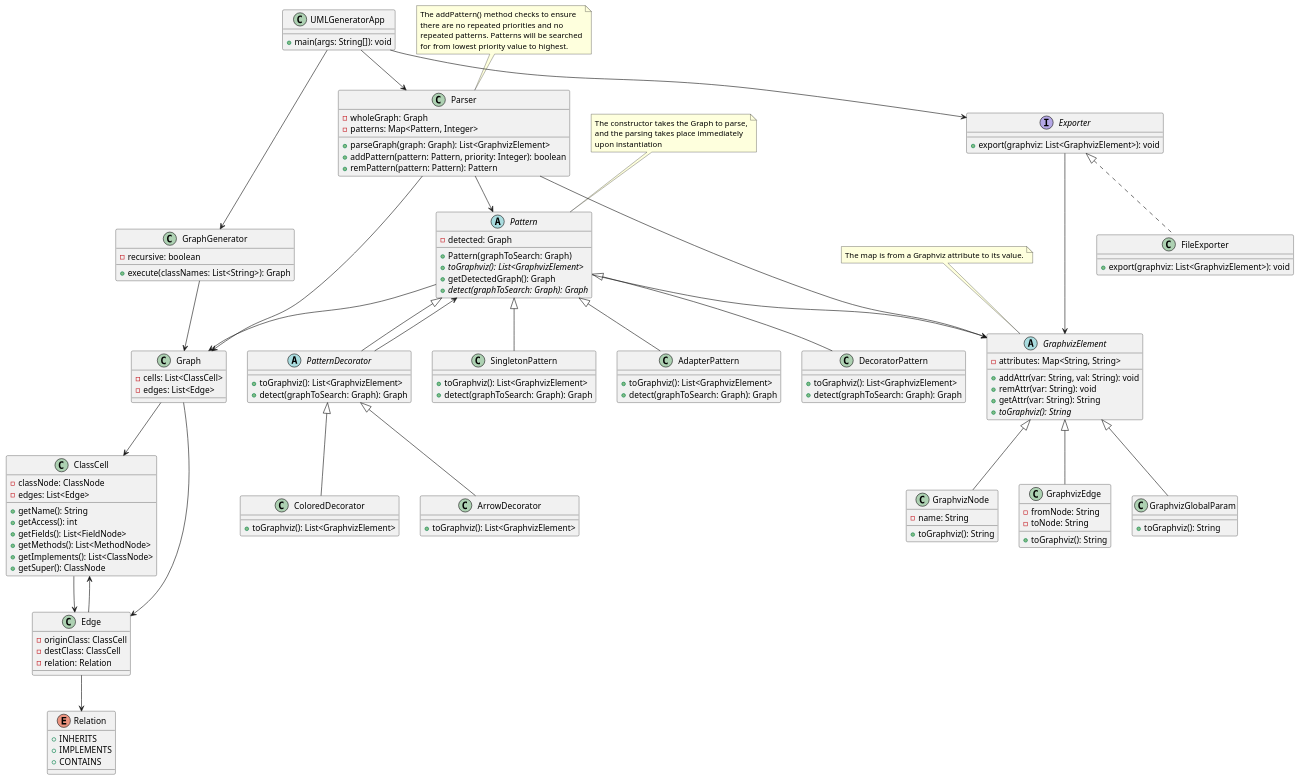
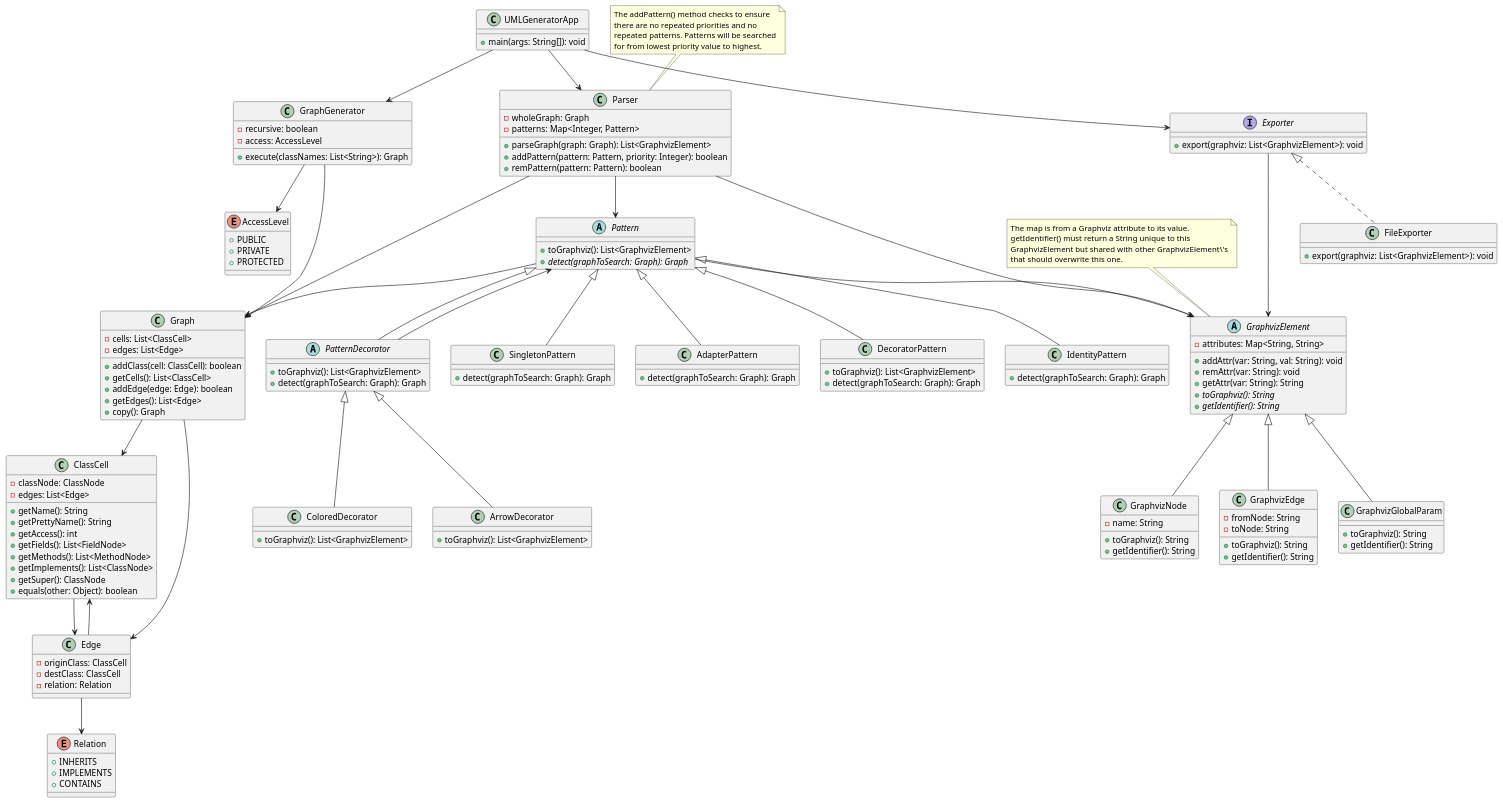
Before and after one commit to kgroble/uml-generator: the diagram in docs/uml.puml, drawn with PlantUML. The commit also changed 1 other file, not shown here.

Commit message:
Updates to UML diagram.

```diff
--- a/docs/uml.puml
+++ b/docs/uml.puml
@@ -1,145 +1,161 @@
 @startuml
 class UMLGeneratorApp {
 + main(args: String[]): void
 }
 
 class GraphGenerator {
 - recursive: boolean
+- access: AccessLevel
 + execute(classNames: List<String>): Graph
+}
+
+enum AccessLevel {
++ PUBLIC
++ PRIVATE
++ PROTECTED
 }
 
 class ClassCell {
 - classNode: ClassNode
 - edges: List<Edge>
 
 + getName(): String
++ getPrettyName(): String
 + getAccess(): int
 + getFields(): List<FieldNode>
 + getMethods(): List<MethodNode>
 + getImplements(): List<ClassNode>
 + getSuper(): ClassNode
++ equals(other: Object): boolean
 }
 
 class Edge {
 - originClass: ClassCell
 - destClass: ClassCell
 - relation: Relation
 }
 
 class Parser {
 - wholeGraph: Graph
-- patterns: Map<Pattern, Integer>
+- patterns: Map<Integer, Pattern>
 + parseGraph(graph: Graph): List<GraphvizElement>
 + addPattern(pattern: Pattern, priority: Integer): boolean
-+ remPattern(pattern: Pattern): Pattern
++ remPattern(pattern: Pattern): boolean
 }
 note top of Parser
   The addPattern() method checks to ensure
   there are no repeated priorities and no
   repeated patterns. Patterns will be searched
   for from lowest priority value to highest.
 end note
 
 class Graph {
 - cells: List<ClassCell>
 - edges: List<Edge>
++ addClass(cell: ClassCell): boolean
++ getCells(): List<ClassCell>
++ addEdge(edge: Edge): boolean
++ getEdges(): List<Edge>
++ copy(): Graph
 }
 
 abstract class Pattern {
-- detected: Graph
-+ Pattern(graphToSearch: Graph)
-+ {abstract} toGraphviz(): List<GraphvizElement>
-+ getDetectedGraph(): Graph
++ toGraphviz(): List<GraphvizElement>
 + {abstract} detect(graphToSearch: Graph): Graph
 }
-note top of Pattern
-  The constructor takes the Graph to parse,
-  and the parsing takes place immediately
-  upon instantiation
-end note
 
 abstract class PatternDecorator extends Pattern {
 + toGraphviz(): List<GraphvizElement>
 + detect(graphToSearch: Graph): Graph
 }
 
 class ColoredDecorator extends PatternDecorator {
 + toGraphviz(): List<GraphvizElement>
 }
 
 class ArrowDecorator extends PatternDecorator {
 + toGraphviz(): List<GraphvizElement>
 }
 
 class SingletonPattern extends Pattern {
-+ toGraphviz(): List<GraphvizElement>
 + detect(graphToSearch: Graph): Graph
 }
 
 class AdapterPattern extends Pattern {
-+ toGraphviz(): List<GraphvizElement>
 + detect(graphToSearch: Graph): Graph
 }
 
 class DecoratorPattern extends Pattern {
 + toGraphviz(): List<GraphvizElement>
++ detect(graphToSearch: Graph): Graph
+}
+
+class IdentityPattern extends Pattern {
 + detect(graphToSearch: Graph): Graph
 }
 
 enum Relation {
 + INHERITS
 + IMPLEMENTS
 + CONTAINS
 }
 
 abstract class GraphvizElement {
 - attributes: Map<String, String>
 + addAttr(var: String, val: String): void
 + remAttr(var: String): void
 + getAttr(var: String): String
 + {abstract} toGraphviz(): String
++ {abstract} getIdentifier(): String
 }
 note top of GraphvizElement
   The map is from a Graphviz attribute to its value.
+  getIdentifier() must return a String unique to this
+  GraphvizElement but shared with other GraphvizElement\'s
+  that should overwrite this one.
 end note
 
 class GraphvizNode extends GraphvizElement {
 - name: String
 + toGraphviz(): String
++ getIdentifier(): String
 }
 
 class GraphvizEdge extends GraphvizElement {
 - fromNode: String
 - toNode: String
 + toGraphviz(): String
++ getIdentifier(): String
 }
 
 class GraphvizGlobalParam extends GraphvizElement {
 + toGraphviz(): String
++ getIdentifier(): String
 }
 
 interface Exporter {
 + export(graphviz: List<GraphvizElement>): void
 }
 
 class FileExporter implements Exporter {
 + export(graphviz: List<GraphvizElement>): void
 }
 
 UMLGeneratorApp --> GraphGenerator
 UMLGeneratorApp --> Parser
 UMLGeneratorApp --> Exporter
 GraphGenerator --> Graph
+GraphGenerator --> AccessLevel
 ClassCell --> Edge
 Edge --> ClassCell
 Edge --> Relation
 Parser --> Pattern
 Pattern --> Graph
 PatternDecorator --> Pattern
 Pattern --> GraphvizElement
 Graph --> ClassCell
 Graph --> Edge
 Parser --> Graph
 Parser --> GraphvizElement
 Exporter --> GraphvizElement
 @enduml
```
